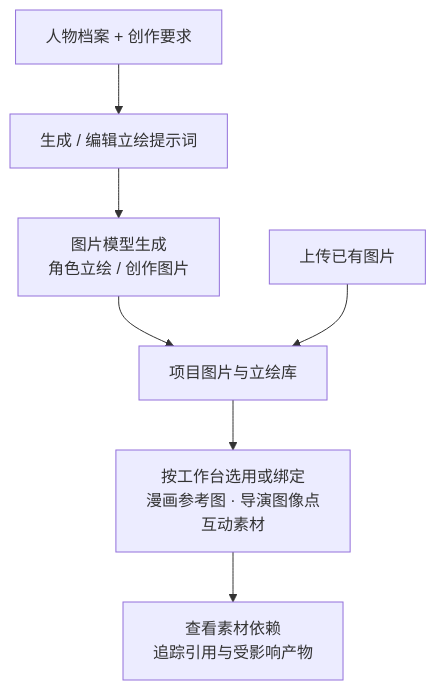
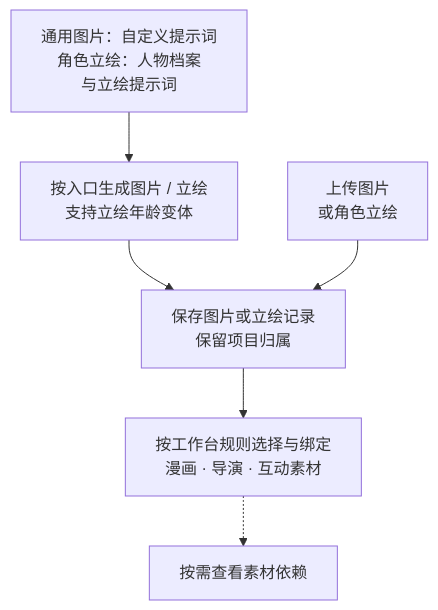
One commit to GTJasonMK/A4N changed the sixth of 18 diagrams in README.md. Above: the diagram before and after it, drawn with Mermaid. The commit also changed other lines of this file and 2 other files, not shown here.

First line of the commit message:
docs: fix README diagram flows and mobile readability

````diff
--- a/README.md
+++ b/README.md
@@ -108,11 +115,10 @@
 ```mermaid
 flowchart TB
   accTitle: 图片、角色立绘与素材引用
-  accDescr: 人物资料和创作要求用于生成或编辑提示词，图片模型生成的素材与上传图片进入项目素材库，再按工作台选择绑定并查看依赖。
-  profiles["人物档案 + 创作要求"] --> prompt["生成 / 编辑立绘提示词"]
-  prompt --> generation["图片模型生成<br/>角色立绘 / 创作图片"]
-  generation --> library["项目图片与立绘库"]
-  uploaded["上传已有图片"] --> library
-  library --> reuse["按工作台选用或绑定<br/>漫画参考图 · 导演图像点<br/>互动素材"]
-  reuse --> dependencies["查看素材依赖<br/>追踪引用与受影响产物"]
+  accDescr: 通用图片使用自定义提示词，角色立绘使用人物档案与立绘提示词，各自从对应入口生成。已有图片或立绘可直接上传，无需模型生成；保存后按工作台规则选用和绑定。
+  prompt["通用图片：自定义提示词<br/>角色立绘：人物档案<br/>与立绘提示词"] --> generation["按入口生成图片 / 立绘<br/>支持立绘年龄变体"]
+  generation --> library["保存图片或立绘记录<br/>保留项目归属"]
+  uploaded["上传图片<br/>或角色立绘"] --> library
+  library --> reuse["按工作台规则选择与绑定<br/>漫画 · 导演 · 互动素材"]
+  reuse -.-> dependencies["按需查看素材依赖"]
 ```
````
